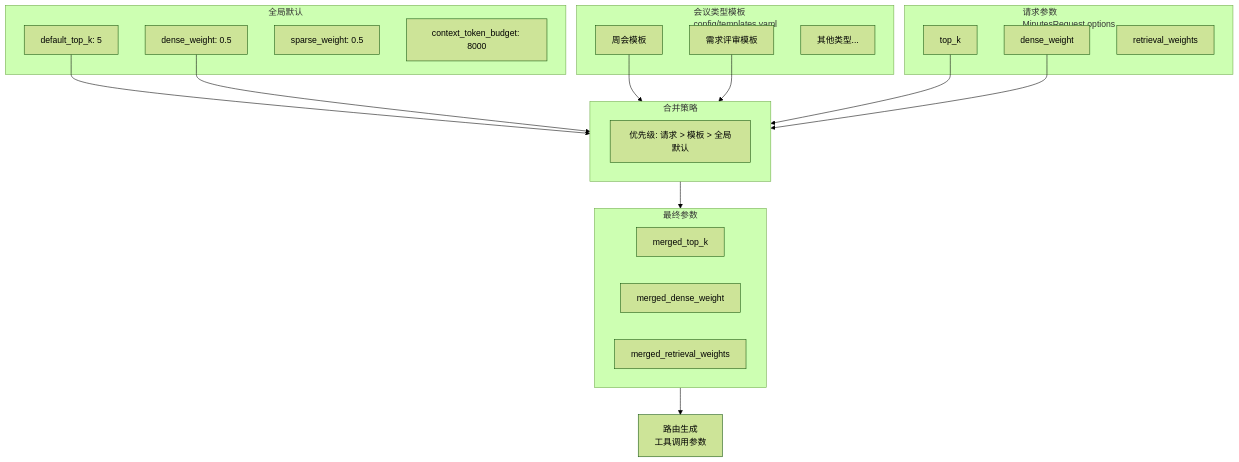
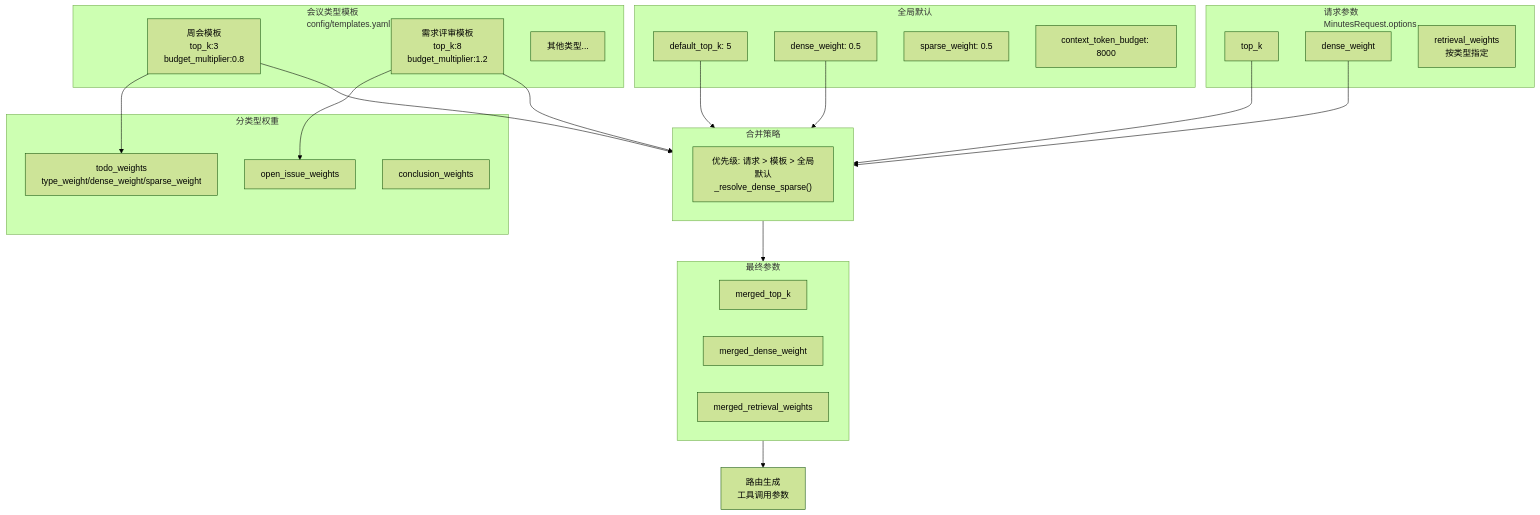
One commit to yuancaoyaoHW/mettings changed diagram 12 of 13 in docs/architecture_diagrams.md. Above: the diagram before and after it, drawn with Mermaid (forest theme). The commit also changed other lines of this file, not shown here.

Commit message:
更新结构图

````diff
--- a/docs/architecture_diagrams.md
+++ b/docs/architecture_diagrams.md
@@ -558,42 +708,50 @@
 ```mermaid
 flowchart TB
     subgraph Global["全局默认"]
         G1[default_top_k: 5]
         G2[dense_weight: 0.5]
         G3[sparse_weight: 0.5]
         G4[context_token_budget: 8000]
     end
 
     subgraph Template["会议类型模板<br/>config/templates.yaml"]
-        T1["周会模板"]
-        T2["需求评审模板"]
+        T1["周会模板<br/>top_k:3<br/>budget_multiplier:0.8"]
+        T2["需求评审模板<br/>top_k:8<br/>budget_multiplier:1.2"]
         T3["其他类型..."]
+    end
+
+    subgraph Weights["分类型权重"]
+        W1[todo_weights<br/>type_weight/dense_weight/sparse_weight]
+        W2[open_issue_weights]
+        W3[conclusion_weights]
     end
 
     subgraph Request["请求参数<br/>MinutesRequest.options"]
         R1[top_k]
         R2[dense_weight]
-        R3[retrieval_weights]
+        R3[retrieval_weights<br/>按类型指定]
     end
 
     subgraph Merge["合并策略"]
-        M["优先级: 请求 > 模板 > 全局默认"]
+        M["优先级: 请求 > 模板 > 全局默认<br/>_resolve_dense_sparse()"]
     end
 
     subgraph Result["最终参数"]
         F1[merged_top_k]
         F2[merged_dense_weight]
         F3[merged_retrieval_weights]
     end
 
     G1 --> Merge
     G2 --> Merge
     T1 --> Merge
     T2 --> Merge
+    T1 --> W1
+    T2 --> W2
     R1 --> Merge
     R2 --> Merge
     
     Merge --> Result
     
     Result --> Router[路由生成<br/>工具调用参数]
 ```
````
